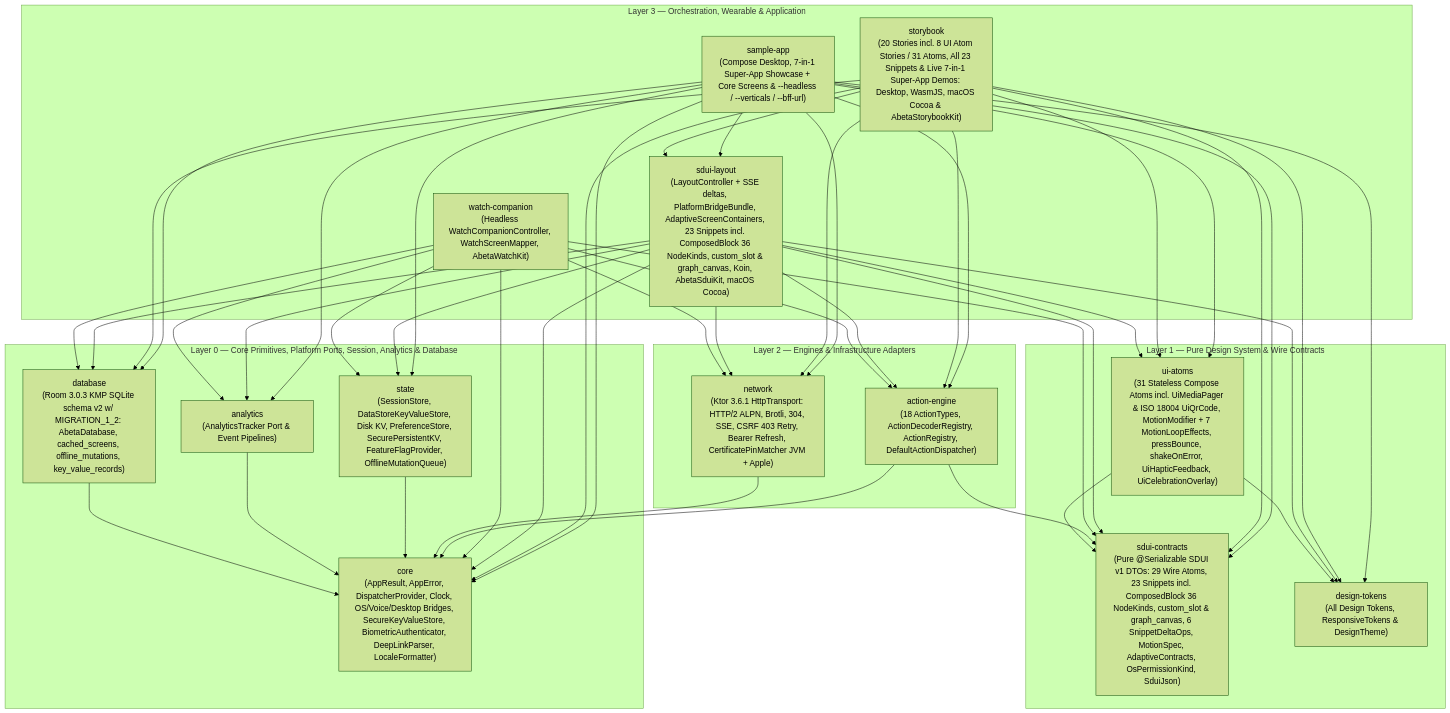
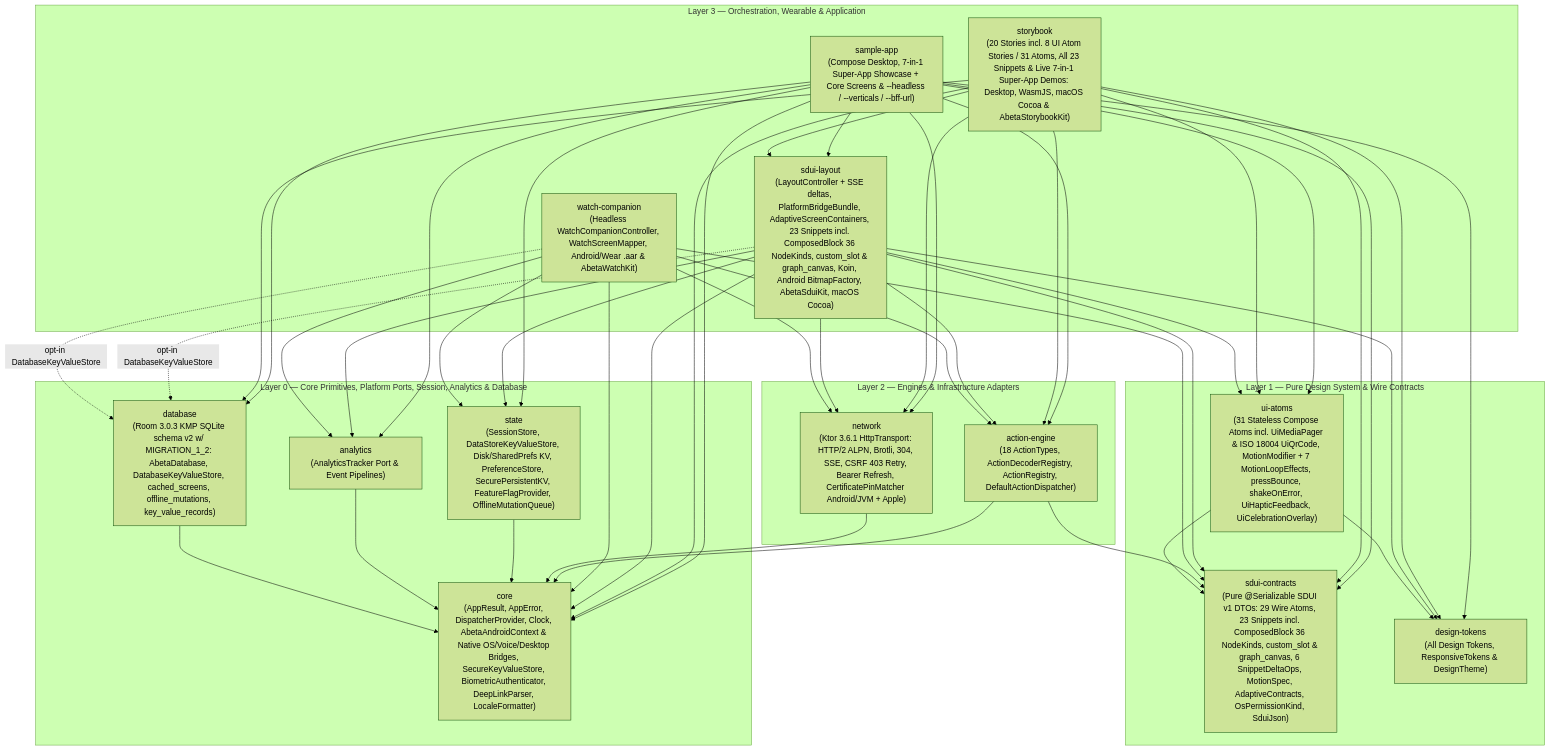
The first of 2 diagrams in docs/architecture.md (Abeta-dev/kmp), drawn with Mermaid (forest theme) before and after one commit. The commit also changed other lines of this file and 136 other files, not shown here.

````diff
--- a/docs/architecture.md
+++ b/docs/architecture.md
@@ -9,77 +11,77 @@
 ```mermaid
 flowchart TB
     subgraph L3["Layer 3 — Orchestration, Wearable & Application"]
         storybook["storybook\n(20 Stories incl. 8 UI Atom Stories / 31 Atoms, All 23 Snippets & Live 7-in-1 Super-App Demos: Desktop, WasmJS, macOS Cocoa & AbetaStorybookKit)"]
         sampleApp["sample-app\n(Compose Desktop, 7-in-1 Super-App Showcase + Core Screens & --headless / --verticals / --bff-url)"]
-        layout["sdui-layout\n(LayoutController + SSE deltas, PlatformBridgeBundle, AdaptiveScreenContainers, 23 Snippets incl. ComposedBlock 36 NodeKinds, custom_slot & graph_canvas, Koin, AbetaSduiKit, macOS Cocoa)"]
-        watchCompanion["watch-companion\n(Headless WatchCompanionController, WatchScreenMapper, AbetaWatchKit)"]
+        layout["sdui-layout\n(LayoutController + SSE deltas, PlatformBridgeBundle, AdaptiveScreenContainers, 23 Snippets incl. ComposedBlock 36 NodeKinds, custom_slot & graph_canvas, Koin, Android BitmapFactory, AbetaSduiKit, macOS Cocoa)"]
+        watchCompanion["watch-companion\n(Headless WatchCompanionController, WatchScreenMapper, Android/Wear .aar & AbetaWatchKit)"]
     end
 
     subgraph L2["Layer 2 — Engines & Infrastructure Adapters"]
         actions["action-engine\n(18 ActionTypes, ActionDecoderRegistry, ActionRegistry, DefaultActionDispatcher)"]
-        network["network\n(Ktor 3.6.1 HttpTransport: HTTP/2 ALPN, Brotli, 304, SSE, CSRF 403 Retry, Bearer Refresh, CertificatePinMatcher JVM + Apple)"]
+        network["network\n(Ktor 3.6.1 HttpTransport: HTTP/2 ALPN, Brotli, 304, SSE, CSRF 403 Retry, Bearer Refresh, CertificatePinMatcher Android/JVM + Apple)"]
     end
 
     subgraph L1["Layer 1 — Pure Design System & Wire Contracts"]
         uiAtoms["ui-atoms\n(31 Stateless Compose Atoms incl. UiMediaPager & ISO 18004 UiQrCode, MotionModifier + 7 MotionLoopEffects, pressBounce, shakeOnError, UiHapticFeedback, UiCelebrationOverlay)"]
         sduiContracts["sdui-contracts\n(Pure @Serializable SDUI v1 DTOs: 29 Wire Atoms, 23 Snippets incl. ComposedBlock 36 NodeKinds, custom_slot & graph_canvas, 6 SnippetDeltaOps, MotionSpec, AdaptiveContracts, OsPermissionKind, SduiJson)"]
         designTokens["design-tokens\n(All Design Tokens, ResponsiveTokens & DesignTheme)"]
     end
 
     subgraph L0["Layer 0 — Core Primitives, Platform Ports, Session, Analytics & Database"]
-        core["core\n(AppResult, AppError, DispatcherProvider, Clock, OS/Voice/Desktop Bridges, SecureKeyValueStore, BiometricAuthenticator, DeepLinkParser, LocaleFormatter)"]
-        state["state\n(SessionStore, DataStoreKeyValueStore, Disk KV, PreferenceStore, SecurePersistentKV, FeatureFlagProvider, OfflineMutationQueue)"]
+        core["core\n(AppResult, AppError, DispatcherProvider, Clock, AbetaAndroidContext & Native OS/Voice/Desktop Bridges, SecureKeyValueStore, BiometricAuthenticator, DeepLinkParser, LocaleFormatter)"]
+        state["state\n(SessionStore, DataStoreKeyValueStore, Disk/SharedPrefs KV, PreferenceStore, SecurePersistentKV, FeatureFlagProvider, OfflineMutationQueue)"]
         analytics["analytics\n(AnalyticsTracker Port & Event Pipelines)"]
-        database["database\n(Room 3.0.3 KMP SQLite schema v2 w/ MIGRATION_1_2: AbetaDatabase, cached_screens, offline_mutations, key_value_records)"]
+        database["database\n(Room 3.0.3 KMP SQLite schema v2 w/ MIGRATION_1_2: AbetaDatabase, DatabaseKeyValueStore, cached_screens, offline_mutations, key_value_records)"]
     end
 
     sampleApp --> layout
     sampleApp --> actions
     sampleApp --> network
     sampleApp --> state
     sampleApp --> analytics
     sampleApp --> database
     sampleApp --> uiAtoms
     sampleApp --> sduiContracts
     sampleApp --> designTokens
     sampleApp --> core
 
     storybook --> layout
     storybook --> actions
     storybook --> network
     storybook --> database
     storybook --> uiAtoms
     storybook --> sduiContracts
     storybook --> designTokens
     storybook --> core
 
     layout --> uiAtoms
     layout --> sduiContracts
     layout --> designTokens
     layout --> actions
     layout --> network
     layout --> state
     layout --> analytics
-    layout --> database
+    layout -. "opt-in DatabaseKeyValueStore" .-> database
     layout --> core
 
     watchCompanion --> actions
     watchCompanion --> network
     watchCompanion --> sduiContracts
     watchCompanion --> state
     watchCompanion --> analytics
-    watchCompanion --> database
+    watchCompanion -. "opt-in DatabaseKeyValueStore" .-> database
     watchCompanion --> core
 
     actions --> sduiContracts
     actions --> core
 
     network --> core
 
     uiAtoms --> sduiContracts
     uiAtoms --> designTokens
 
     state --> core
     analytics --> core
     database --> core
 ```
````
